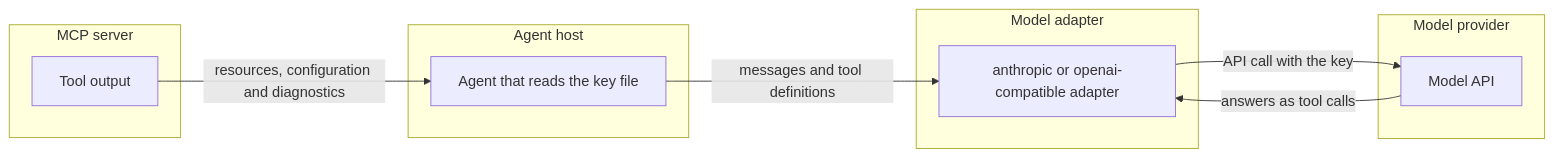
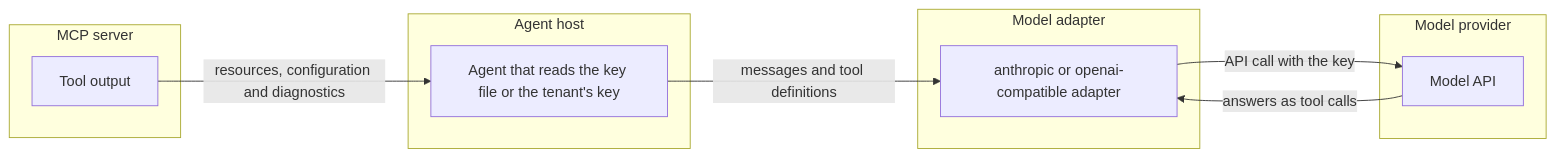
One commit to phuongnse/axis changed diagram 15 of 22 in docs/reference/threat-model-product.md. Above: the diagram before and after it, drawn with Mermaid. The commit also changed other lines of this file and 20 other files, not shown here.

First line of the commit message:
The agent host sends a tenant's own model key on that tenant's model calls (#3390) (#3717)

````diff
--- a/docs/reference/threat-model-product.md
+++ b/docs/reference/threat-model-product.md
@@ -425,19 +425,19 @@
 ```mermaid
 flowchart LR
     subgraph host [Agent host]
-        Agent[Agent that reads the key file]
+        Agent[Agent that reads the key file or the tenant's key]
     end
     subgraph adapter [Model adapter]
         Adapter[anthropic or openai-compatible adapter]
     end
     subgraph provider [Model provider]
         Model[Model API]
     end
     subgraph mcp [MCP server]
         Tools[Tool output]
     end
     Tools -->|resources, configuration and diagnostics| Agent
     Agent -->|messages and tool definitions| Adapter
     Adapter -->|API call with the key| Model
     Model -->|answers as tool calls| Adapter
 ```
````
